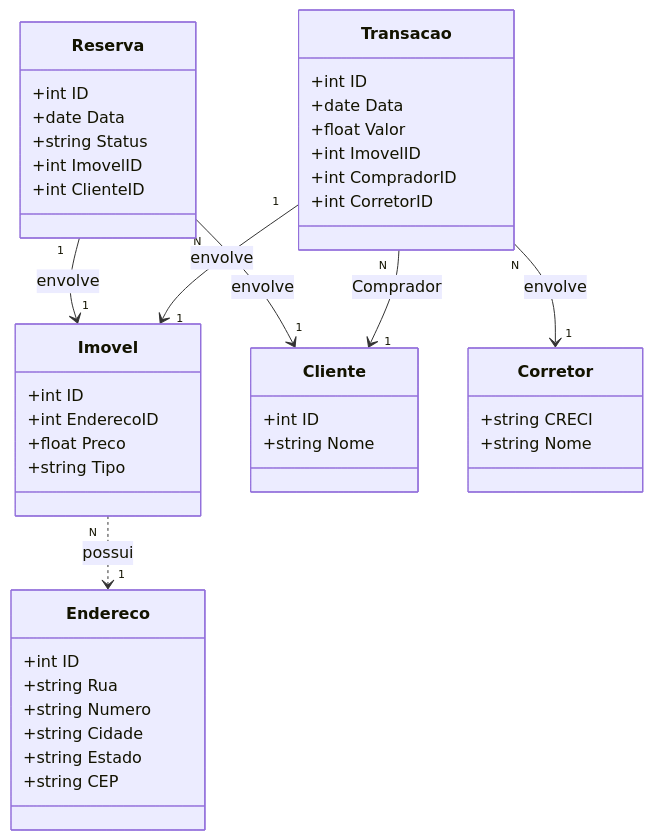
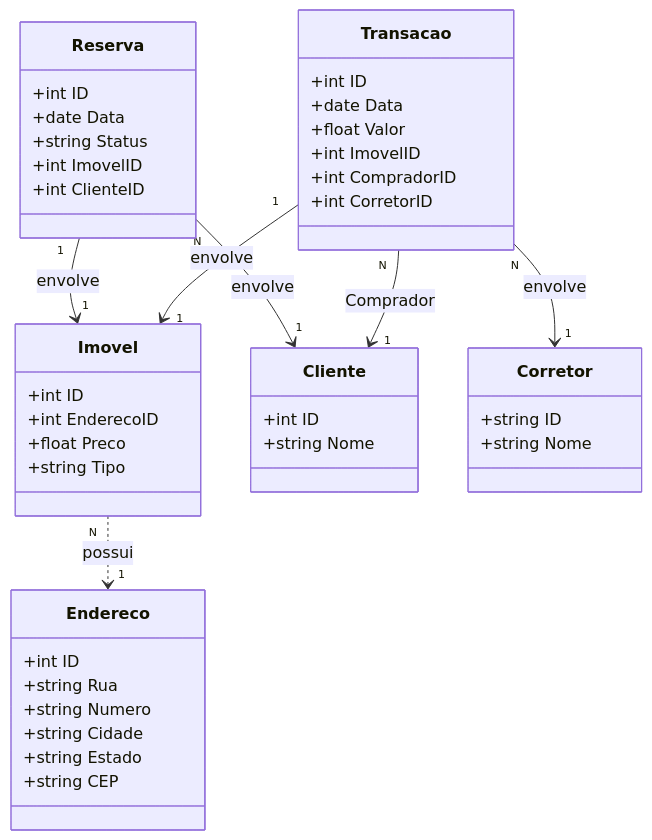
One commit to joao-pcd/ImobiliariaAPI changed the diagram in README.md. Above: the diagram before and after it, drawn with Mermaid.

Commit message:
Update README.md
Corretor CRECI -> ID

````diff
--- a/README.md
+++ b/README.md
@@ -5,52 +5,52 @@
 ```mermaid
 classDiagram
     class Imovel {
         +int ID
         +int EnderecoID
         +float Preco
         +string Tipo
     }
 
     class Cliente {
         +int ID
         +string Nome
     }
 
     class Corretor {
-        +string CRECI 
+        +string ID 
         +string Nome
     }
 
     class Reserva {
         +int ID
         +date Data
         +string Status
         +int ImovelID
         +int ClienteID
     }
 
     class Endereco {
         +int ID
         +string Rua
         +string Numero
         +string Cidade
         +string Estado
         +string CEP
     }
 
     class Transacao {
         +int ID
         +date Data
         +float Valor
         +int ImovelID
         +int CompradorID
         +int CorretorID
     }
 
     Imovel "N" ..> "1" Endereco : possui
     Reserva "1" --> "1" Imovel : envolve
     Reserva "N" --> "1" Cliente : envolve
     Transacao "1" --> "1" Imovel : envolve
     Transacao "N" --> "1" Cliente : Comprador
     Transacao "N" --> "1" Corretor : envolve
 ```
````
